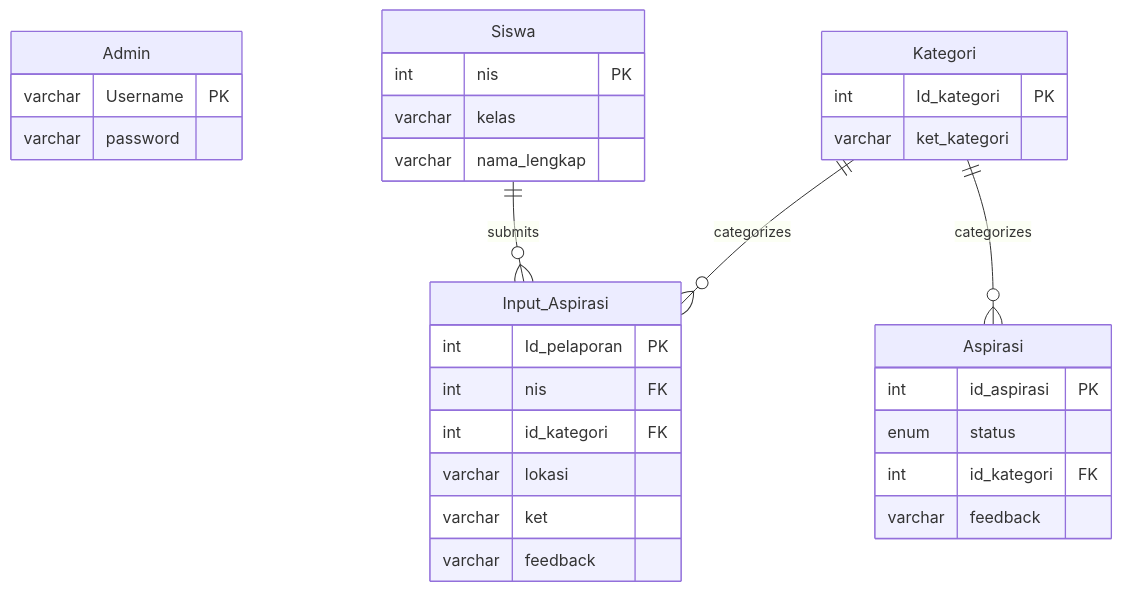
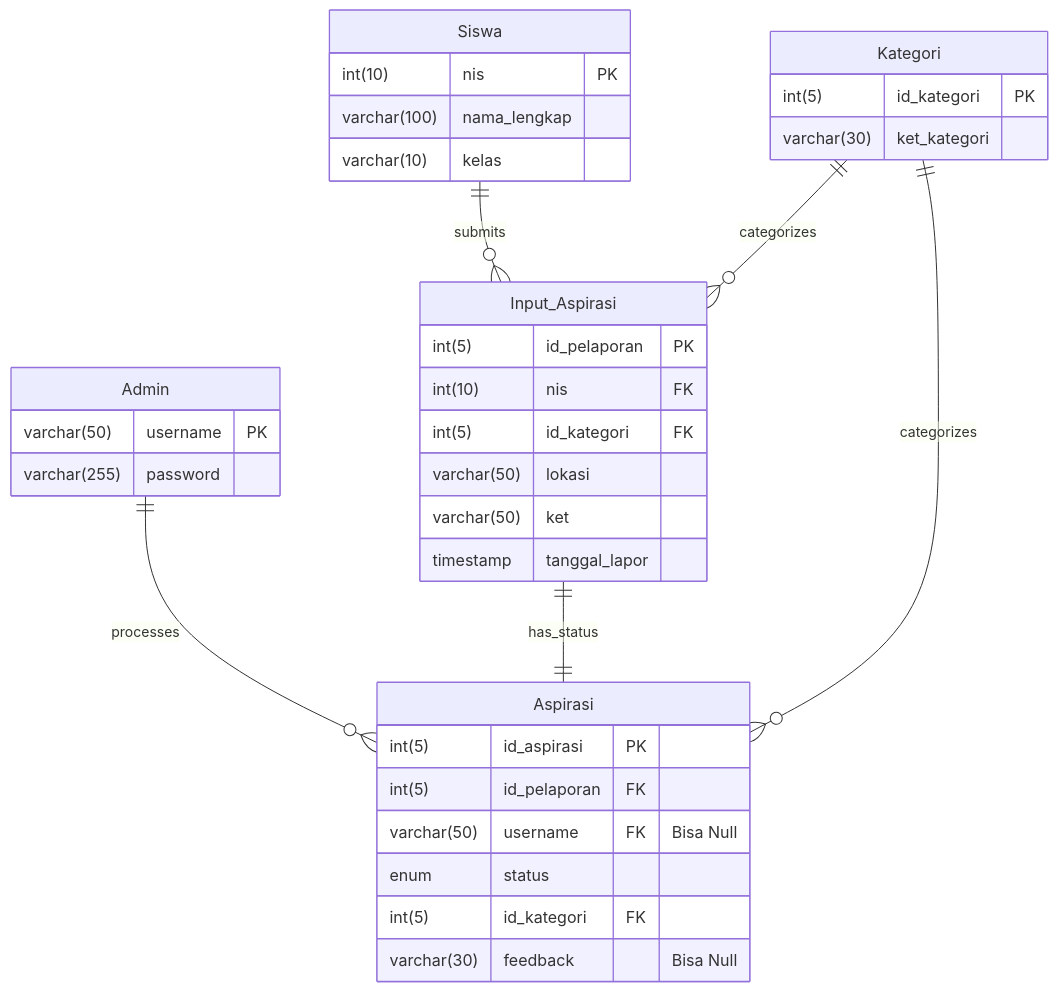
The first of 3 diagrams in readme.md (chx-bit/School-Aspirations), drawn with Mermaid before and after one commit. The commit also changed other lines of this file, not shown here.

````diff
--- a/readme.md
+++ b/readme.md
@@ -89,38 +92,43 @@
 ```mermaid
 erDiagram
     Admin {
-        varchar Username PK
-        varchar password
+        varchar(50) username PK
+        varchar(255) password
     }
 
     Siswa {
-        int nis PK
-        varchar kelas
-        varchar nama_lengkap
+        int(10) nis PK
+        varchar(100) nama_lengkap
+        varchar(10) kelas
     }
 
     Kategori {
-        int Id_kategori PK
-        varchar ket_kategori
+        int(5) id_kategori PK
+        varchar(30) ket_kategori
     }
 
     Input_Aspirasi {
-        int Id_pelaporan PK
-        int nis FK
-        int id_kategori FK
-        varchar lokasi
-        varchar ket
-        varchar feedback
+        int(5) id_pelaporan PK
+        int(10) nis FK
+        int(5) id_kategori FK
+        varchar(50) lokasi
+        varchar(50) ket
+        timestamp tanggal_lapor
     }
 
     Aspirasi {
-        int id_aspirasi PK
+        int(5) id_aspirasi PK
+        int(5) id_pelaporan FK
+        varchar(50) username FK "Bisa Null"
         enum status
-        int id_kategori FK
-        varchar feedback
+        int(5) id_kategori FK
+        varchar(30) feedback "Bisa Null"
     }
 
     Siswa ||--o{ Input_Aspirasi : submits
     Kategori ||--o{ Input_Aspirasi : categorizes
     Kategori ||--o{ Aspirasi : categorizes
+    Input_Aspirasi ||--|| Aspirasi : has_status
+    Admin ||--o{ Aspirasi : processes
+
 ```
````
